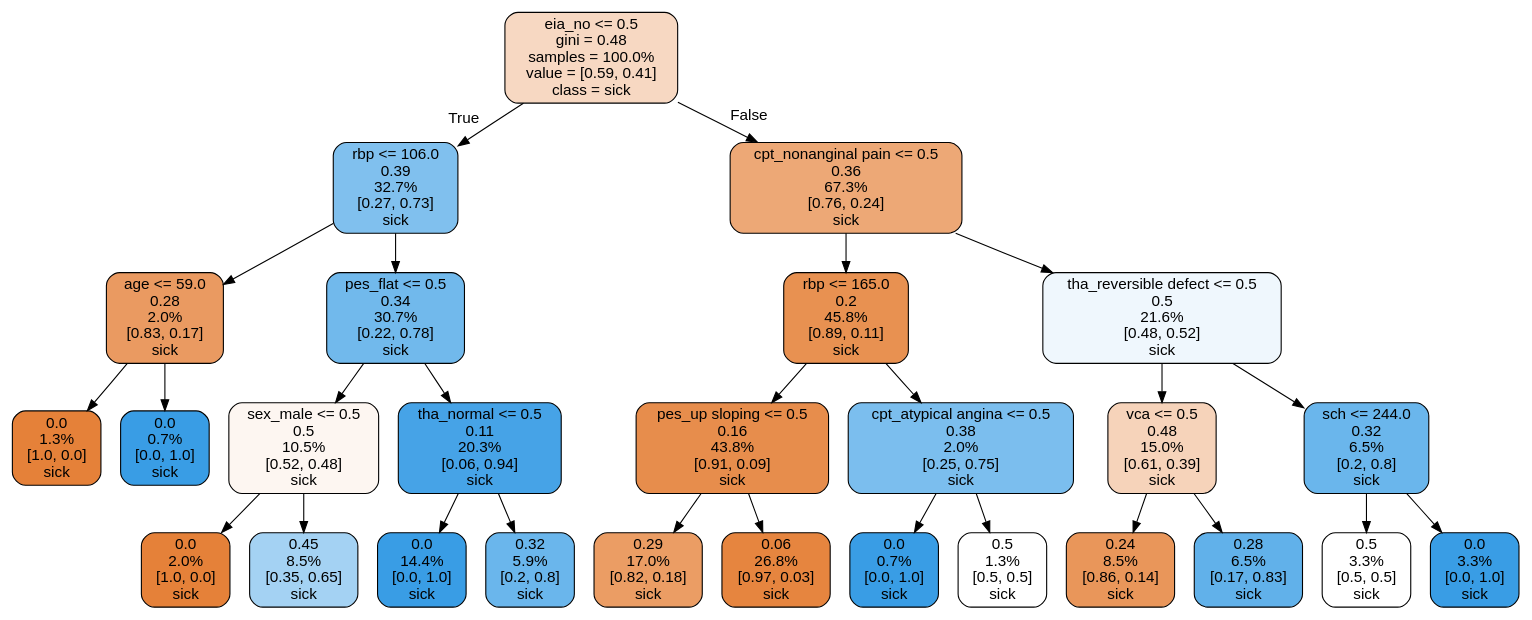
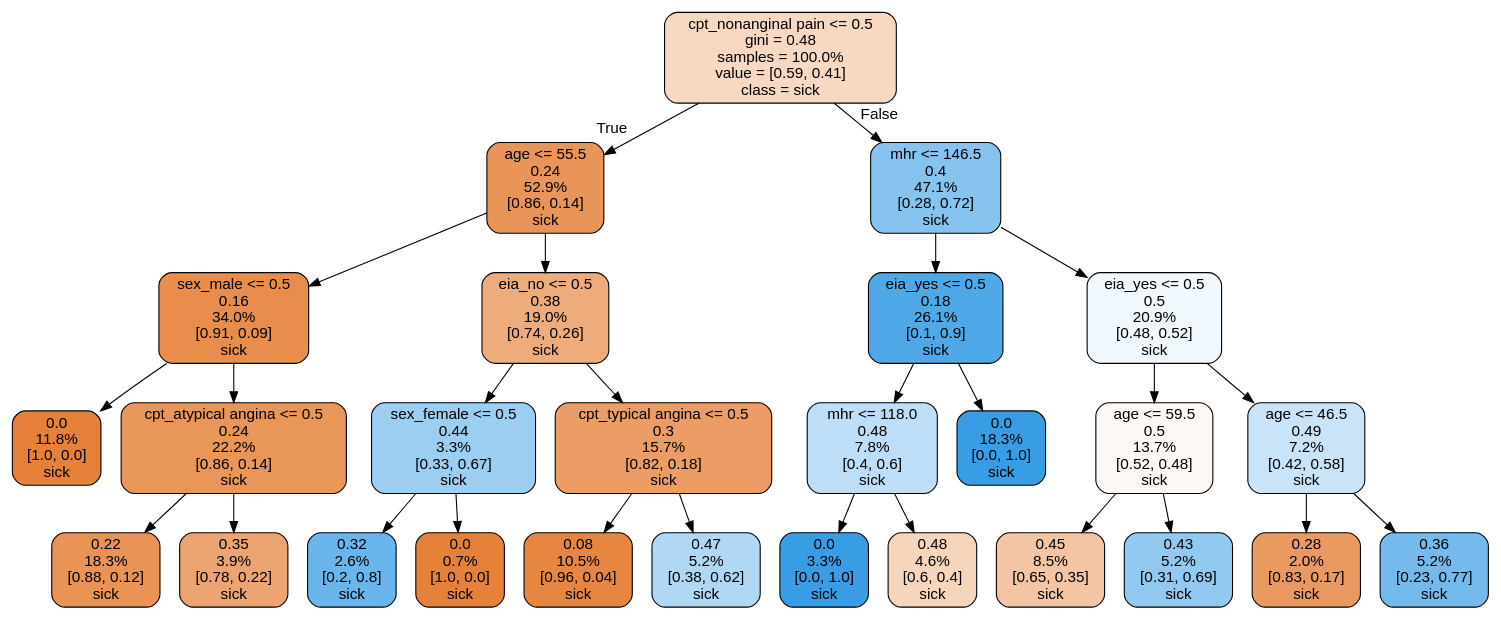
One commit to ma6068/SU changed the diagram in dot/random_forest_tree.dot. Above: the diagram before and after it, drawn with Graphviz. The commit also changed 39 other files, not shown here.

```diff
--- a/dot/random_forest_tree.dot
+++ b/dot/random_forest_tree.dot
@@ -1,57 +1,57 @@
 digraph Tree {
 node [shape=box, style="filled, rounded", color="black", fontname="helvetica"] ;
 edge [fontname="helvetica"] ;
-0 [label="eia_no <= 0.5\ngini = 0.48\nsamples = 100.0%\nvalue = [0.59, 0.41]\nclass = sick", fillcolor="#f7d8c2"] ;
-1 [label="rbp <= 106.0\n0.39\n32.7%\n[0.27, 0.73]\nsick", fillcolor="#80c0ee"] ;
+0 [label="cpt_nonanginal pain <= 0.5\ngini = 0.48\nsamples = 100.0%\nvalue = [0.59, 0.41]\nclass = sick", fillcolor="#f7d8c2"] ;
+1 [label="age <= 55.5\n0.24\n52.9%\n[0.86, 0.14]\nsick", fillcolor="#e99559"] ;
 0 -> 1 [labeldistance=2.5, labelangle=45, headlabel="True"] ;
-2 [label="age <= 59.0\n0.28\n2.0%\n[0.83, 0.17]\nsick", fillcolor="#ea9a61"] ;
+2 [label="sex_male <= 0.5\n0.16\n34.0%\n[0.91, 0.09]\nsick", fillcolor="#e88d4c"] ;
 1 -> 2 ;
-3 [label="0.0\n1.3%\n[1.0, 0.0]\nsick", fillcolor="#e58139"] ;
+3 [label="0.0\n11.8%\n[1.0, 0.0]\nsick", fillcolor="#e58139"] ;
 2 -> 3 ;
-4 [label="0.0\n0.7%\n[0.0, 1.0]\nsick", fillcolor="#399de5"] ;
+4 [label="cpt_atypical angina <= 0.5\n0.24\n22.2%\n[0.86, 0.14]\nsick", fillcolor="#e99659"] ;
 2 -> 4 ;
-5 [label="pes_flat <= 0.5\n0.34\n30.7%\n[0.22, 0.78]\nsick", fillcolor="#71b9ec"] ;
-1 -> 5 ;
-6 [label="sex_male <= 0.5\n0.5\n10.5%\n[0.52, 0.48]\nsick", fillcolor="#fdf6f1"] ;
-5 -> 6 ;
-7 [label="0.0\n2.0%\n[1.0, 0.0]\nsick", fillcolor="#e58139"] ;
-6 -> 7 ;
-8 [label="0.45\n8.5%\n[0.35, 0.65]\nsick", fillcolor="#a4d2f3"] ;
-6 -> 8 ;
-9 [label="tha_normal <= 0.5\n0.11\n20.3%\n[0.06, 0.94]\nsick", fillcolor="#46a3e7"] ;
-5 -> 9 ;
-10 [label="0.0\n14.4%\n[0.0, 1.0]\nsick", fillcolor="#399de5"] ;
-9 -> 10 ;
-11 [label="0.32\n5.9%\n[0.2, 0.8]\nsick", fillcolor="#6ab6ec"] ;
-9 -> 11 ;
-12 [label="cpt_nonanginal pain <= 0.5\n0.36\n67.3%\n[0.76, 0.24]\nsick", fillcolor="#eda876"] ;
-0 -> 12 [labeldistance=2.5, labelangle=-45, headlabel="False"] ;
-13 [label="rbp <= 165.0\n0.2\n45.8%\n[0.89, 0.11]\nsick", fillcolor="#e89151"] ;
-12 -> 13 ;
-14 [label="pes_up sloping <= 0.5\n0.16\n43.8%\n[0.91, 0.09]\nsick", fillcolor="#e78d4c"] ;
-13 -> 14 ;
-15 [label="0.29\n17.0%\n[0.82, 0.18]\nsick", fillcolor="#eb9d64"] ;
+5 [label="0.22\n18.3%\n[0.88, 0.12]\nsick", fillcolor="#e99355"] ;
+4 -> 5 ;
+6 [label="0.35\n3.9%\n[0.78, 0.22]\nsick", fillcolor="#eca572"] ;
+4 -> 6 ;
+7 [label="eia_no <= 0.5\n0.38\n19.0%\n[0.74, 0.26]\nsick", fillcolor="#eeac7d"] ;
+1 -> 7 ;
+8 [label="sex_female <= 0.5\n0.44\n3.3%\n[0.33, 0.67]\nsick", fillcolor="#9ccef2"] ;
+7 -> 8 ;
+9 [label="0.32\n2.6%\n[0.2, 0.8]\nsick", fillcolor="#6ab6ec"] ;
+8 -> 9 ;
+10 [label="0.0\n0.7%\n[1.0, 0.0]\nsick", fillcolor="#e58139"] ;
+8 -> 10 ;
+11 [label="cpt_typical angina <= 0.5\n0.3\n15.7%\n[0.82, 0.18]\nsick", fillcolor="#eb9d65"] ;
+7 -> 11 ;
+12 [label="0.08\n10.5%\n[0.96, 0.04]\nsick", fillcolor="#e68641"] ;
+11 -> 12 ;
+13 [label="0.47\n5.2%\n[0.38, 0.62]\nsick", fillcolor="#b0d8f5"] ;
+11 -> 13 ;
+14 [label="mhr <= 146.5\n0.4\n47.1%\n[0.28, 0.72]\nsick", fillcolor="#86c3ef"] ;
+0 -> 14 [labeldistance=2.5, labelangle=-45, headlabel="False"] ;
+15 [label="eia_yes <= 0.5\n0.18\n26.1%\n[0.1, 0.9]\nsick", fillcolor="#4fa8e8"] ;
 14 -> 15 ;
-16 [label="0.06\n26.8%\n[0.97, 0.03]\nsick", fillcolor="#e6853f"] ;
-14 -> 16 ;
-17 [label="cpt_atypical angina <= 0.5\n0.38\n2.0%\n[0.25, 0.75]\nsick", fillcolor="#7bbeee"] ;
-13 -> 17 ;
-18 [label="0.0\n0.7%\n[0.0, 1.0]\nsick", fillcolor="#399de5"] ;
-17 -> 18 ;
-19 [label="0.5\n1.3%\n[0.5, 0.5]\nsick", fillcolor="#ffffff"] ;
-17 -> 19 ;
-20 [label="tha_reversible defect <= 0.5\n0.5\n21.6%\n[0.48, 0.52]\nsick", fillcolor="#eff7fd"] ;
-12 -> 20 ;
-21 [label="vca <= 0.5\n0.48\n15.0%\n[0.61, 0.39]\nsick", fillcolor="#f6d3ba"] ;
+16 [label="mhr <= 118.0\n0.48\n7.8%\n[0.4, 0.6]\nsick", fillcolor="#bddef6"] ;
+15 -> 16 ;
+17 [label="0.0\n3.3%\n[0.0, 1.0]\nsick", fillcolor="#399de5"] ;
+16 -> 17 ;
+18 [label="0.48\n4.6%\n[0.6, 0.4]\nsick", fillcolor="#f6d5bd"] ;
+16 -> 18 ;
+19 [label="0.0\n18.3%\n[0.0, 1.0]\nsick", fillcolor="#399de5"] ;
+15 -> 19 ;
+20 [label="eia_yes <= 0.5\n0.5\n20.9%\n[0.48, 0.52]\nsick", fillcolor="#f0f8fd"] ;
+14 -> 20 ;
+21 [label="age <= 59.5\n0.5\n13.7%\n[0.52, 0.48]\nsick", fillcolor="#fdf8f3"] ;
 20 -> 21 ;
-22 [label="0.24\n8.5%\n[0.86, 0.14]\nsick", fillcolor="#e9965a"] ;
+22 [label="0.45\n8.5%\n[0.65, 0.35]\nsick", fillcolor="#f3c5a4"] ;
 21 -> 22 ;
-23 [label="0.28\n6.5%\n[0.17, 0.83]\nsick", fillcolor="#61b1ea"] ;
+23 [label="0.43\n5.2%\n[0.31, 0.69]\nsick", fillcolor="#91c9f1"] ;
 21 -> 23 ;
-24 [label="sch <= 244.0\n0.32\n6.5%\n[0.2, 0.8]\nsick", fillcolor="#6ab6ec"] ;
+24 [label="age <= 46.5\n0.49\n7.2%\n[0.42, 0.58]\nsick", fillcolor="#c9e4f8"] ;
 20 -> 24 ;
-25 [label="0.5\n3.3%\n[0.5, 0.5]\nsick", fillcolor="#ffffff"] ;
+25 [label="0.28\n2.0%\n[0.83, 0.17]\nsick", fillcolor="#ea9a61"] ;
 24 -> 25 ;
-26 [label="0.0\n3.3%\n[0.0, 1.0]\nsick", fillcolor="#399de5"] ;
+26 [label="0.36\n5.2%\n[0.23, 0.77]\nsick", fillcolor="#74baed"] ;
 24 -> 26 ;
 }
```
